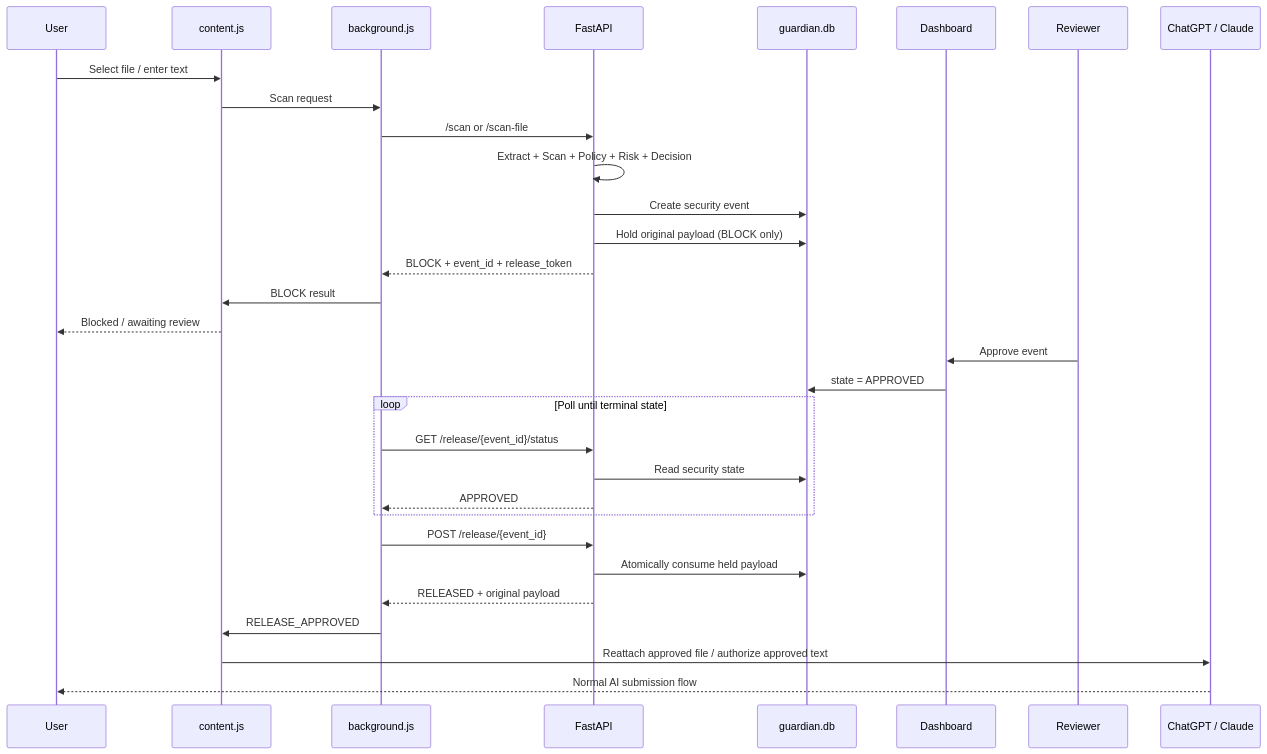
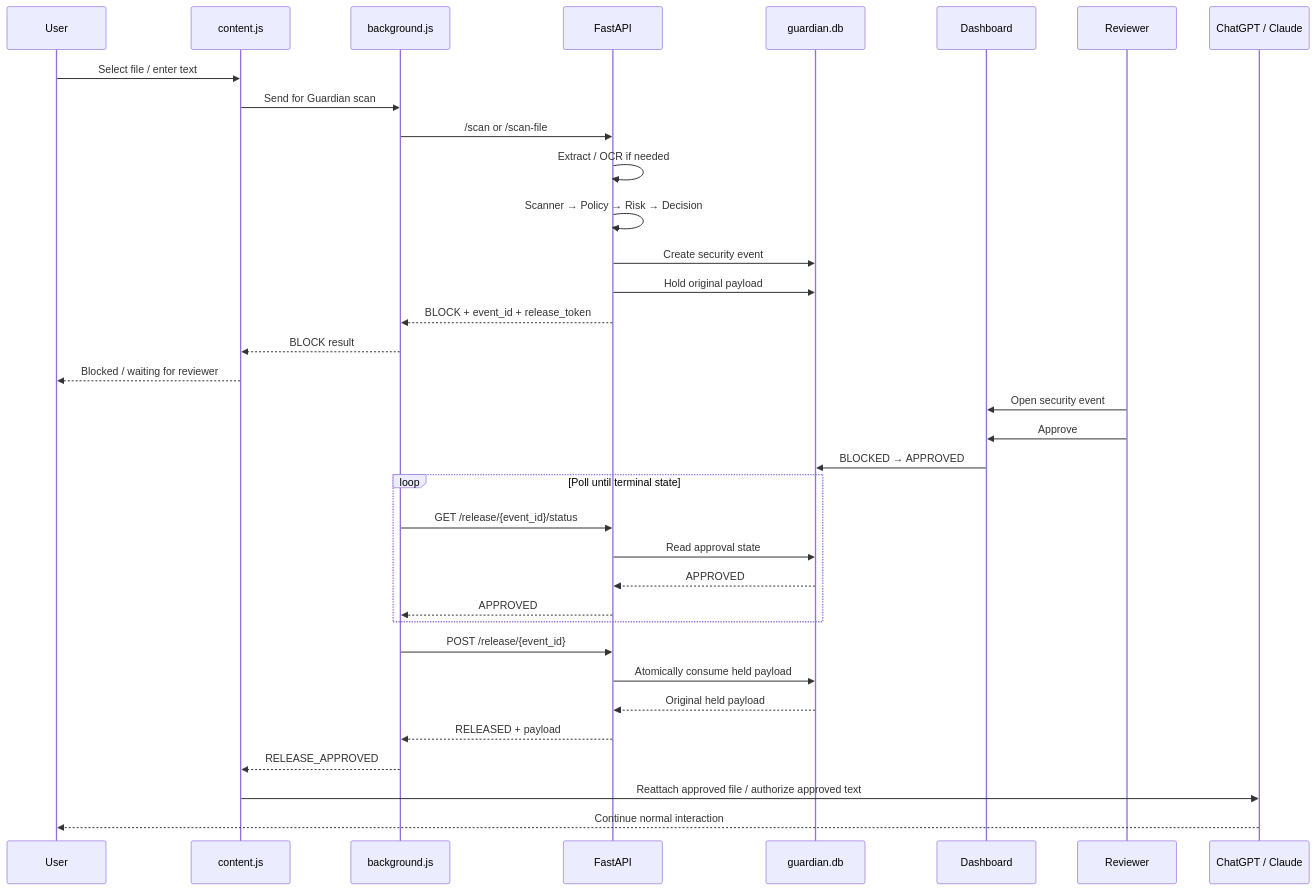
One commit to Aviralgit1212/AI-GUARDIAN changed the second of 5 diagrams in README.md. Above: the diagram before and after it, drawn with Mermaid. The commit also changed other lines of this file, not shown here.

````diff
--- a/README.md
+++ b/README.md
@@ -312,40 +442,46 @@
 ```mermaid
 sequenceDiagram
     participant U as User
     participant C as content.js
     participant B as background.js
-    participant A as FastAPI
+    participant API as FastAPI
     participant DB as guardian.db
     participant D as Dashboard
     participant R as Reviewer
     participant AI as ChatGPT / Claude
 
     U->>C: Select file / enter text
-    C->>B: Scan request
-    B->>A: /scan or /scan-file
-    A->>A: Extract + Scan + Policy + Risk + Decision
+    C->>B: Send for Guardian scan
+    B->>API: /scan or /scan-file
 
-    A->>DB: Create security event
-    A->>DB: Hold original payload (BLOCK only)
-    A-->>B: BLOCK + event_id + release_token
+    API->>API: Extract / OCR if needed
+    API->>API: Scanner → Policy → Risk → Decision
 
-    B->>C: BLOCK result
-    C-->>U: Blocked / awaiting review
+    API->>DB: Create security event
+    API->>DB: Hold original payload
+    API-->>B: BLOCK + event_id + release_token
 
-    R->>D: Approve event
-    D->>DB: state = APPROVED
+    B-->>C: BLOCK result
+    C-->>U: Blocked / waiting for reviewer
+
+    R->>D: Open security event
+    R->>D: Approve
+
+    D->>DB: BLOCKED → APPROVED
 
     loop Poll until terminal state
-        B->>A: GET /release/{event_id}/status
-        A->>DB: Read security state
-        A-->>B: APPROVED
+        B->>API: GET /release/{event_id}/status
+        API->>DB: Read approval state
+        DB-->>API: APPROVED
+        API-->>B: APPROVED
     end
 
-    B->>A: POST /release/{event_id}
-    A->>DB: Atomically consume held payload
-    A-->>B: RELEASED + original payload
+    B->>API: POST /release/{event_id}
+    API->>DB: Atomically consume held payload
+    DB-->>API: Original held payload
+    API-->>B: RELEASED + payload
 
-    B->>C: RELEASE_APPROVED
+    B-->>C: RELEASE_APPROVED
     C->>AI: Reattach approved file / authorize approved text
-    AI-->>U: Normal AI submission flow
+    AI-->>U: Continue normal interaction
 ```
````
